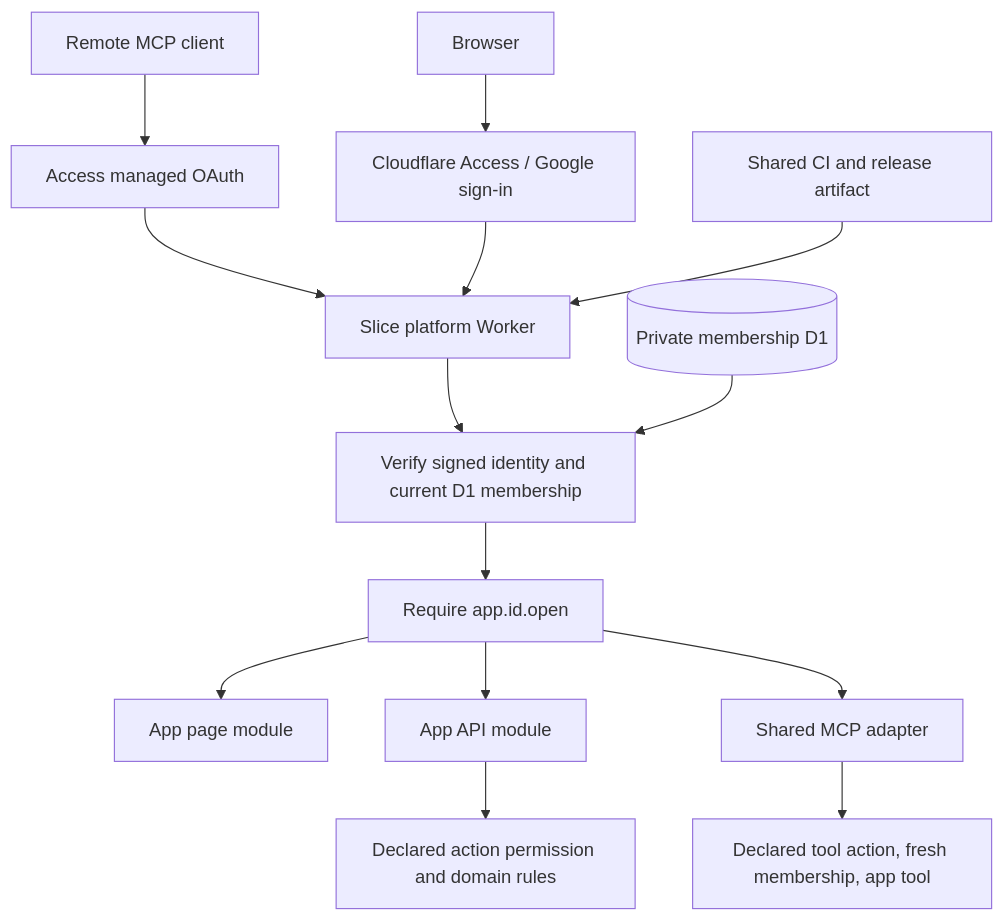
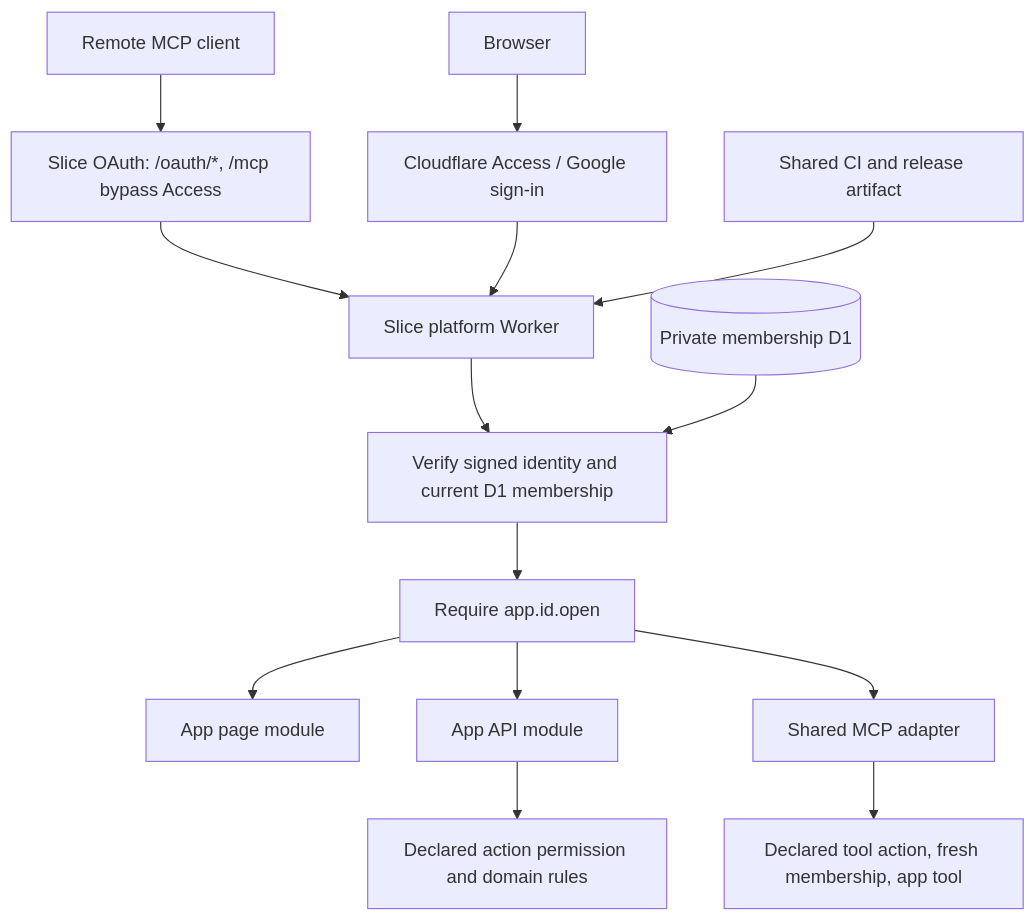
Before and after one commit to sliceconsultingsu/slice-launcher: the diagram in docs/architecture.md, drawn with Mermaid. The commit also changed other lines of this file and 58 other files, not shown here.

````diff
--- a/docs/architecture.md
+++ b/docs/architecture.md
@@ -21,16 +21,16 @@
 ```mermaid
 flowchart TD
   Browser --> Access[Cloudflare Access / Google sign-in]
-  Client[Remote MCP client] --> OAuth[Access managed OAuth]
+  Client[Remote MCP client] --> OAuth[Slice OAuth: /oauth/*, /mcp bypass Access]
   OAuth --> Host
   Access --> Host[Slice platform Worker]
   Host --> Gate[Verify signed identity and current D1 membership]
   Gate --> Capability[Require app.id.open]
   Capability --> Page[App page module]
   Capability --> API[App API module]
   Capability --> MCP[Shared MCP adapter]
   MCP --> Tool[Declared tool action, fresh membership, app tool]
   API --> Action[Declared action permission and domain rules]
   D1[(Private membership D1)] --> Gate
   CI[Shared CI and release artifact] --> Host
 ```
````
